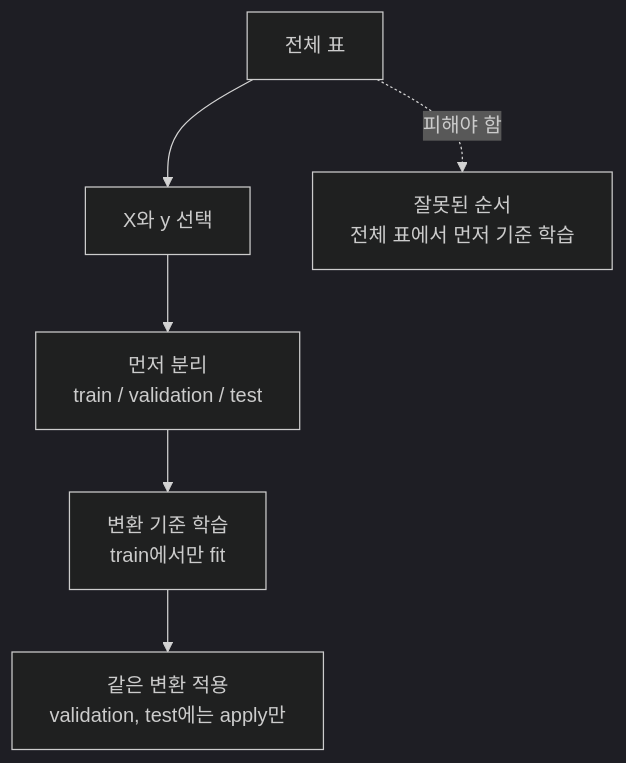
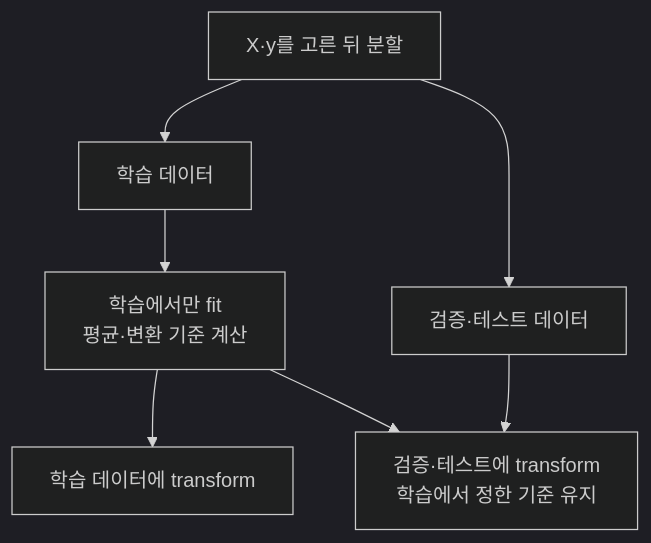
The diagram in docs/assets/part-02/chapter-12/no-leakage-preprocessing-flow-ko.mmd (devchan64/AiBook), drawn with Mermaid (dark theme) before and after one commit. The commit also changed 26 other files, not shown here.

```diff
--- a/docs/assets/part-02/chapter-12/no-leakage-preprocessing-flow-ko.mmd
+++ b/docs/assets/part-02/chapter-12/no-leakage-preprocessing-flow-ko.mmd
@@ -1,10 +1,8 @@
 flowchart TD
-    full["전체 표"]
-    choose["X와 y 선택"]
-    split["먼저 분리<br/>train / validation / test"]
-    fit_train["변환 기준 학습<br/>train에서만 fit"]
-    apply_other["같은 변환 적용<br/>validation, test에는 apply만"]
-    bad["잘못된 순서<br/>전체 표에서 먼저 기준 학습"]
-
-    full --> choose --> split --> fit_train --> apply_other
-    full -.피해야 함.-> bad
+    a["X·y를 고른 뒤 분할"]
+    a --> b["학습 데이터"]
+    a --> c["검증·테스트 데이터"]
+    b --> d["학습에서만 fit<br/>평균·변환 기준 계산"]
+    d --> e["학습 데이터에 transform"]
+    d --> f["검증·테스트에 transform<br/>학습에서 정한 기준 유지"]
+    c --> f
```
